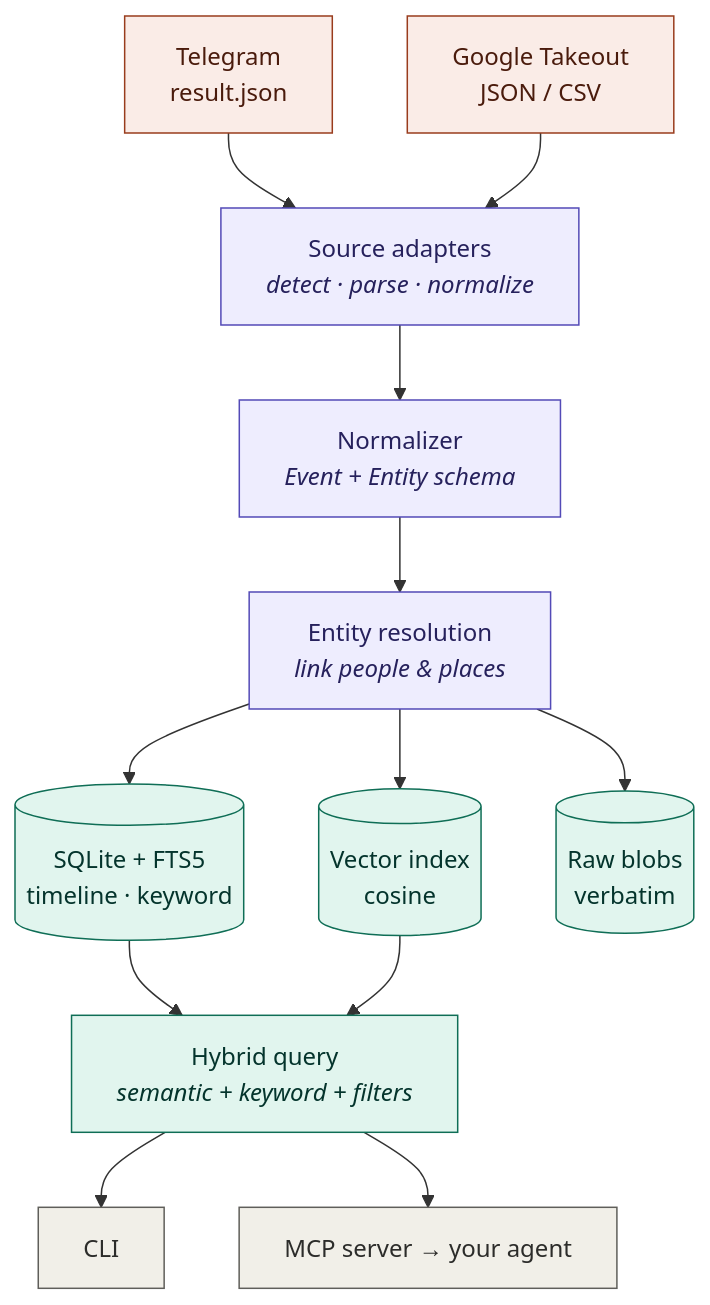
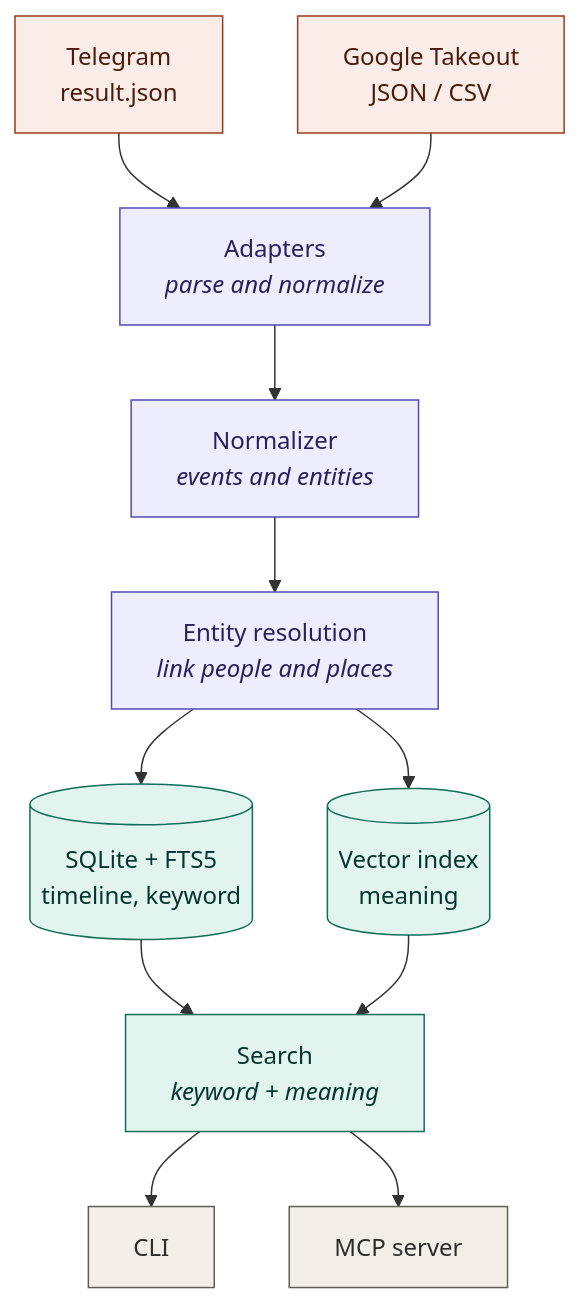
Before and after one commit to magna-nz/backstory: the diagram in README.md, drawn with Mermaid. The commit also changed other lines of this file and 4 other files, not shown here.

````diff
--- a/README.md
+++ b/README.md
@@ -68,30 +93,29 @@
 ```mermaid
 flowchart TD
     TG["Telegram<br/>result.json"]:::src
     GT["Google Takeout<br/>JSON / CSV"]:::src
 
     TG --> AD
     GT --> AD
 
-    AD["Source adapters<br/><i>detect · parse · normalize</i>"]:::ingest
-    NR["Normalizer<br/><i>Event + Entity schema</i>"]:::ingest
-    ER["Entity resolution<br/><i>link people &amp; places</i>"]:::ingest
+    AD["Adapters<br/><i>parse and normalize</i>"]:::ingest
+    NR["Normalizer<br/><i>events and entities</i>"]:::ingest
+    ER["Entity resolution<br/><i>link people and places</i>"]:::ingest
     AD --> NR --> ER
 
-    ER --> FTS[("SQLite + FTS5<br/>timeline · keyword")]:::store
-    ER --> VEC[("Vector index<br/>cosine")]:::store
-    ER --> RAW[("Raw blobs<br/>verbatim")]:::store
+    ER --> FTS[("SQLite + FTS5<br/>timeline, keyword")]:::store
+    ER --> VEC[("Vector index<br/>meaning")]:::store
 
     FTS --> HQ
     VEC --> HQ
-    HQ["Hybrid query<br/><i>semantic + keyword + filters</i>"]:::query
+    HQ["Search<br/><i>keyword + meaning</i>"]:::query
 
     HQ --> CLI["CLI"]:::iface
-    HQ --> MCP["MCP server → your agent"]:::iface
+    HQ --> MCP["MCP server"]:::iface
 
     classDef src fill:#FAECE7,stroke:#993C1D,color:#4A1B0C;
     classDef ingest fill:#EEEDFE,stroke:#534AB7,color:#26215C;
     classDef store fill:#E1F5EE,stroke:#0F6E56,color:#04342C;
     classDef query fill:#E1F5EE,stroke:#0F6E56,color:#04342C;
     classDef iface fill:#F1EFE8,stroke:#5F5E5A,color:#2C2C2A;
 ```
````
